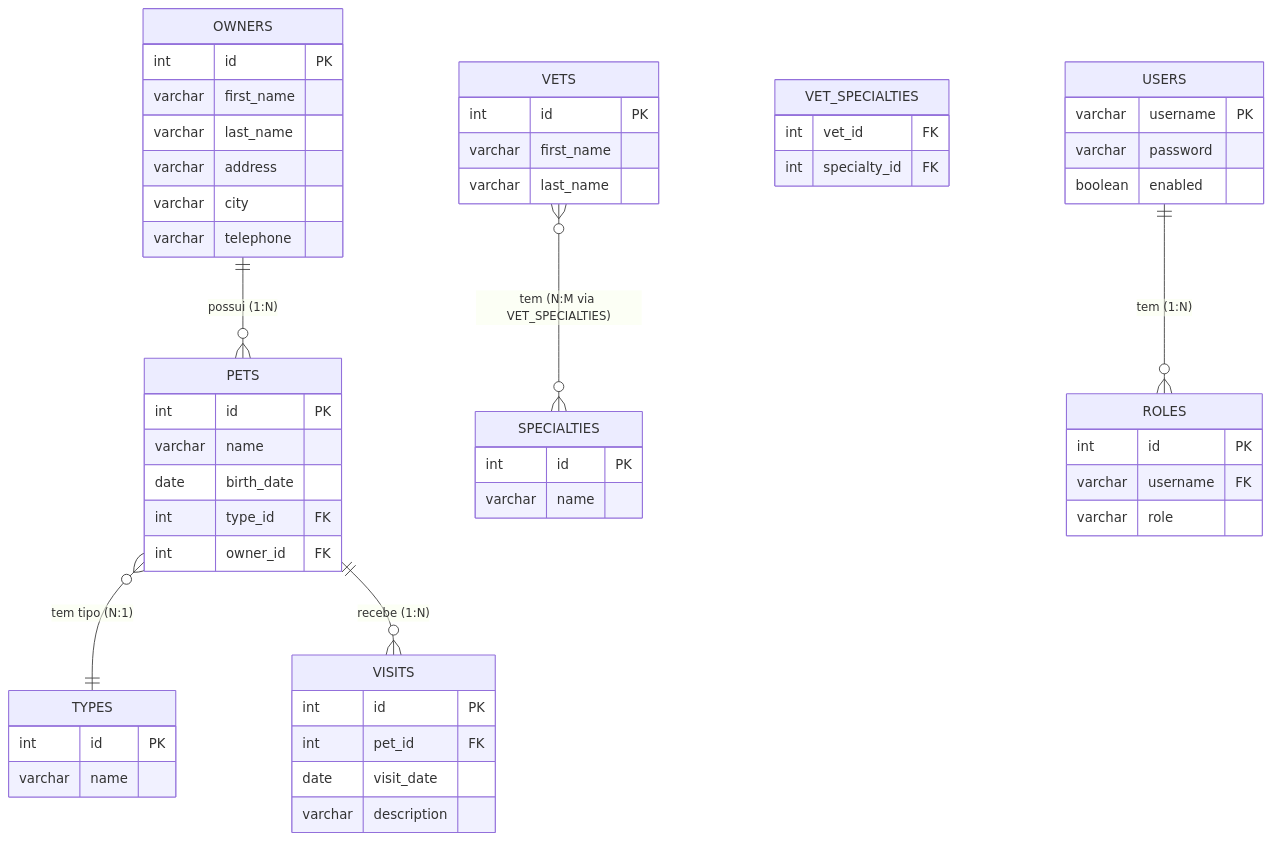
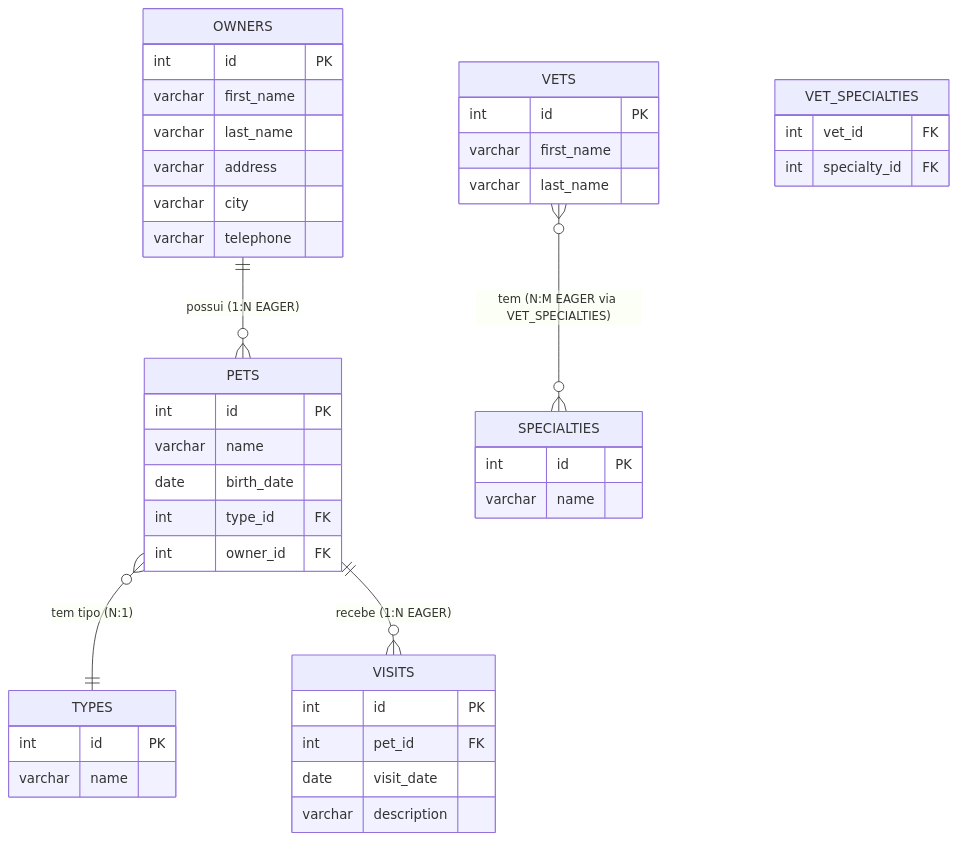
The second of 6 diagrams in docs/referencia-tecnica-petclinic.md (diogomasc/spring-petclinic-rest), drawn with Mermaid before and after one commit. The commit also changed other lines of this file and 2 other files, not shown here.

````diff
--- a/docs/referencia-tecnica-petclinic.md
+++ b/docs/referencia-tecnica-petclinic.md
@@ -84,65 +187,52 @@
 ```mermaid
 erDiagram
     OWNERS {
         int id PK
         varchar first_name
         varchar last_name
         varchar address
         varchar city
         varchar telephone
     }
 
     PETS {
         int id PK
         varchar name
         date birth_date
         int type_id FK
         int owner_id FK
     }
 
     TYPES {
         int id PK
         varchar name
     }
 
     VISITS {
         int id PK
         int pet_id FK
         date visit_date
         varchar description
     }
 
     VETS {
         int id PK
         varchar first_name
         varchar last_name
     }
 
     SPECIALTIES {
         int id PK
         varchar name
     }
 
     VET_SPECIALTIES {
         int vet_id FK
         int specialty_id FK
     }
 
-    USERS {
-        varchar username PK
-        varchar password
-        boolean enabled
-    }
-
-    ROLES {
-        int id PK
-        varchar username FK
-        varchar role
-    }
-
-    OWNERS ||--o{ PETS : "possui (1:N)"
+    OWNERS ||--o{ PETS : "possui (1:N EAGER)"
     PETS }o--|| TYPES : "tem tipo (N:1)"
-    PETS ||--o{ VISITS : "recebe (1:N)"
-    VETS }o--o{ SPECIALTIES : "tem (N:M via VET_SPECIALTIES)"
-    USERS ||--o{ ROLES : "tem (1:N)"
+    PETS ||--o{ VISITS : "recebe (1:N EAGER)"
+    VETS }o--o{ SPECIALTIES : "tem (N:M EAGER via VET_SPECIALTIES)"
 ```
````
